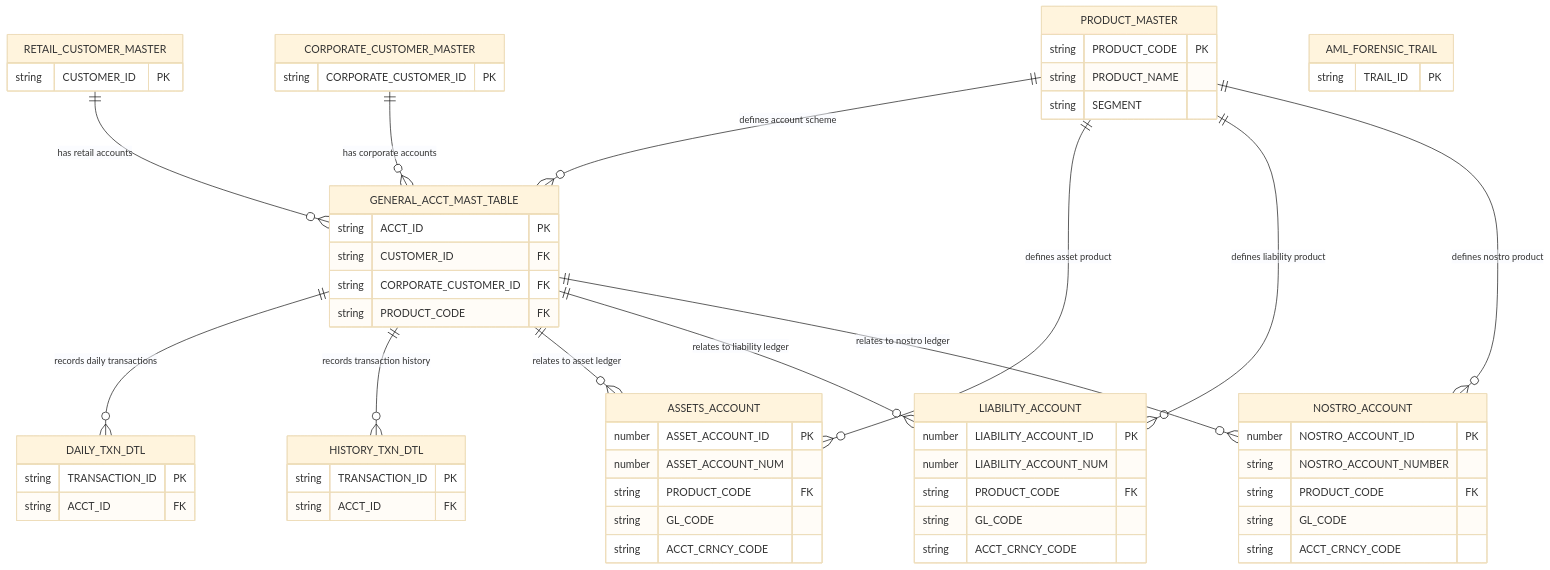
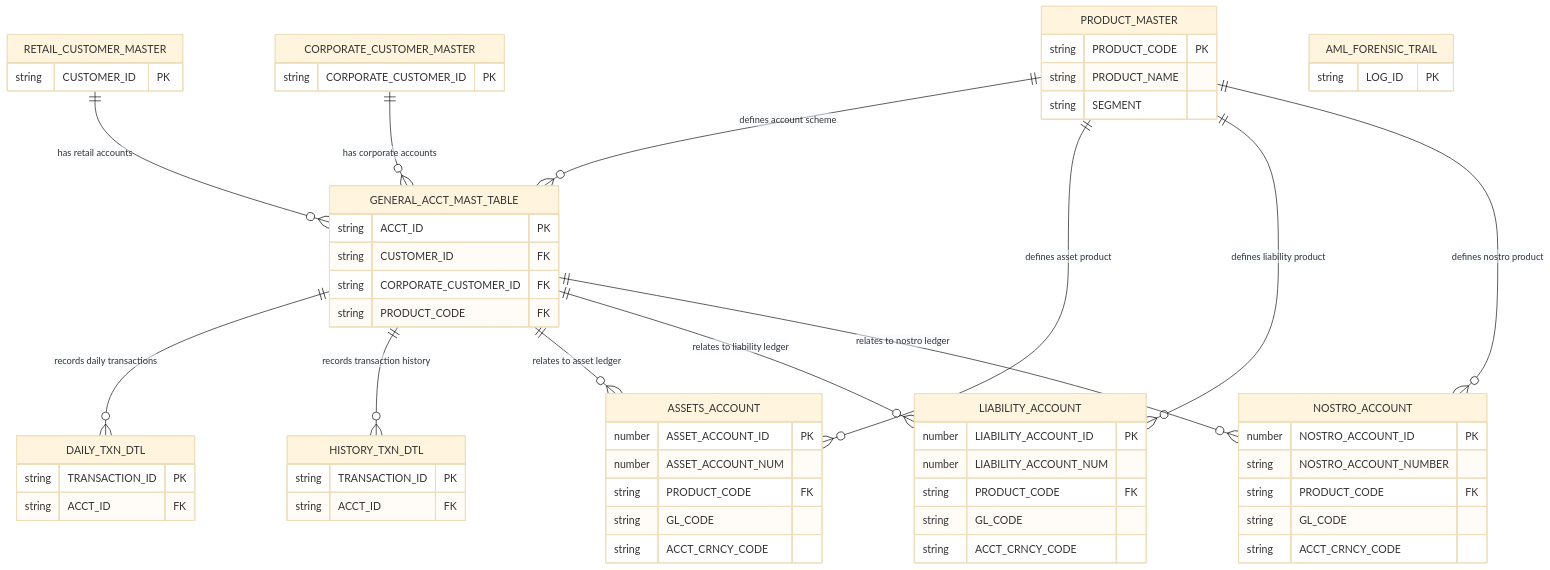
Before and after one commit to Cookeygam/FRANCIS_COOKEY_301917418_ADVANCED_DB_CA: the first of 2 diagrams in portfolio-1-database-design-and-modelling/ER_DIAGRAM.md, drawn with Mermaid (base theme). The commit also changed other lines of this file, not shown here.

First line of the commit message:
Update ER diagram with GAM entity and key changes

```diff
--- a/portfolio-1-database-design-and-modelling/ER_DIAGRAM.md
+++ b/portfolio-1-database-design-and-modelling/ER_DIAGRAM.md
@@ -119,7 +46,7 @@
     }
 
     AML_FORENSIC_TRAIL {
-        string TRAIL_ID PK
+        string LOG_ID PK
     }
 
     %% TRANSACT SCHEMA ENTITIES
```
